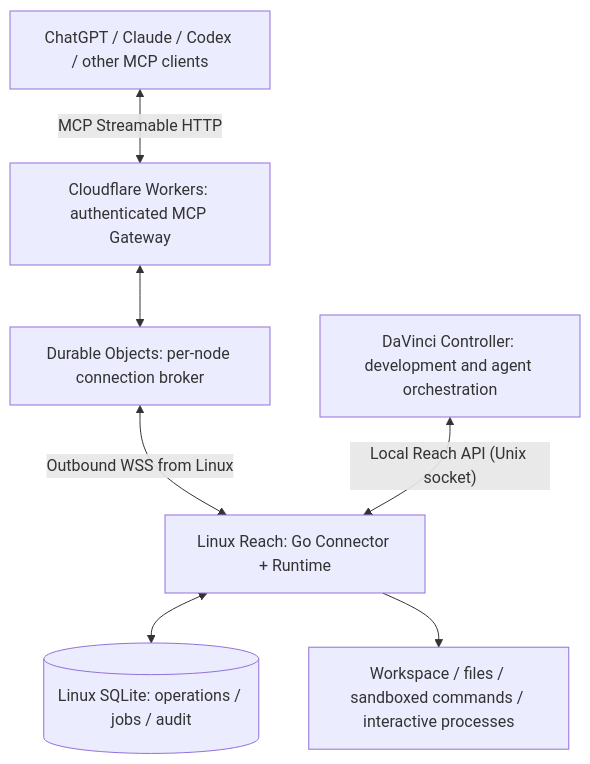
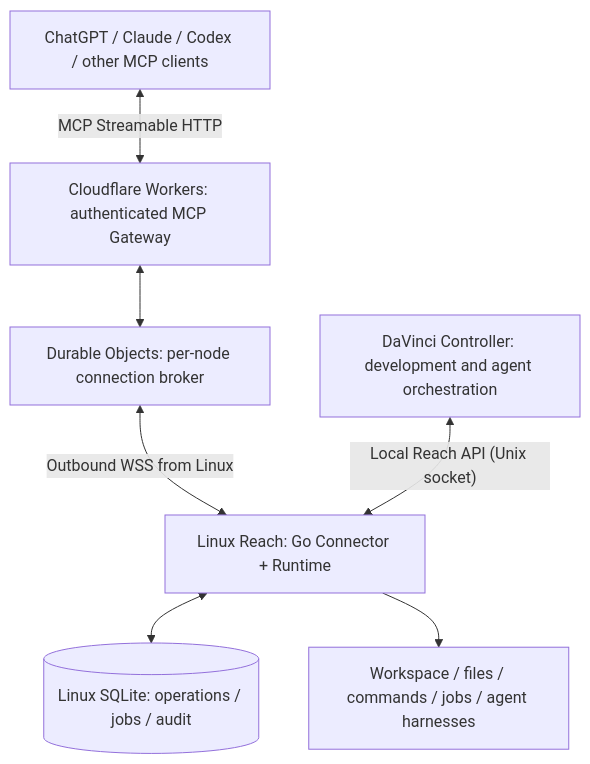
One commit to takezoh/syntoria-reach changed the diagram in README.md. Above: the diagram before and after it, drawn with Mermaid. The commit also changed other lines of this file and 32 other files, not shown here.

First line of the commit message:
feat: add jobs, agent sessions and Orca workspaces

```diff
--- a/README.md
+++ b/README.md
@@ -22,16 +22,16 @@
 ~~~mermaid
 flowchart TB
     AI["ChatGPT / Claude / Codex / other MCP clients"]
     W["Cloudflare Workers: authenticated MCP Gateway"]
     DO["Durable Objects: per-node connection broker"]
     L["Linux Reach: Go Connector + Runtime"]
     DB[("Linux SQLite: operations / jobs / audit")]
-    OS["Workspace / files / sandboxed commands / interactive processes"]
+    OS["Workspace / files / commands / jobs / agent harnesses"]
     DV["DaVinci Controller: development and agent orchestration"]
     AI <-->|"MCP Streamable HTTP"| W
     W <--> DO
     DO <-->|"Outbound WSS from Linux"| L
     L <--> DB
     L --> OS
     DV <-->|"Local Reach API (Unix socket)"| L
 ~~~
```
